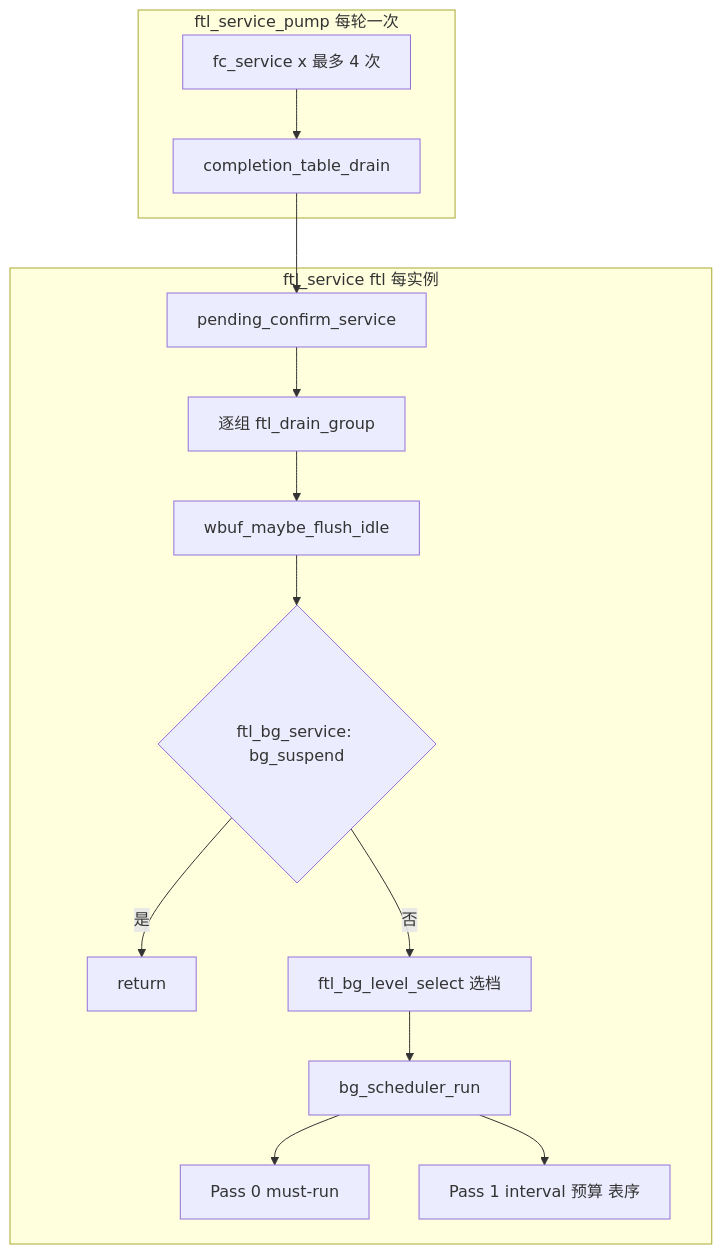
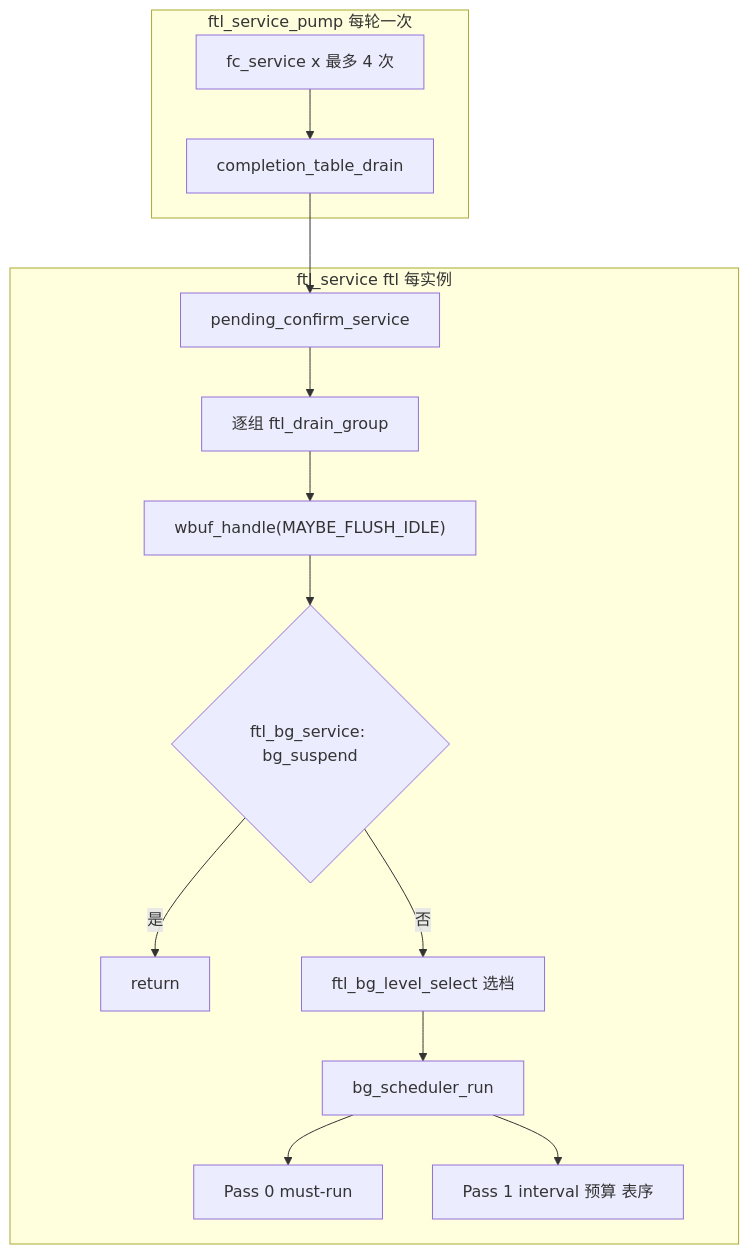
Before and after one commit to YzYMIAO/BASESSD: diagram 20 of 32 in docs/design/ftl_design.md, drawn with Mermaid. The commit also changed other lines of this file and 1 other file, not shown here.

First line of the commit message:
docs(ftl): 主设计文档同步模块 handle 契约

````diff
--- a/docs/design/ftl_design.md
+++ b/docs/design/ftl_design.md
@@ -2963,17 +2979,17 @@
 ```mermaid
 flowchart TB
     subgraph "ftl_service_pump 每轮一次"
         P1["fc_service x 最多 4 次"] --> P2["completion_table_drain"]
     end
     subgraph "ftl_service ftl 每实例"
         S1["pending_confirm_service"] --> S2["逐组 ftl_drain_group"]
-        S2 --> S3["wbuf_maybe_flush_idle"]
+        S2 --> S3["wbuf_handle(MAYBE_FLUSH_IDLE)"]
         S3 --> S4{"ftl_bg_service: bg_suspend"}
         S4 -- "是" --> S5["return"]
         S4 -- "否" --> S6["ftl_bg_level_select 选档"]
         S6 --> S7["bg_scheduler_run"]
         S7 --> S8["Pass 0 must-run"]
         S7 --> S9["Pass 1 interval 预算 表序"]
     end
     P2 --> S1
 ```
````
